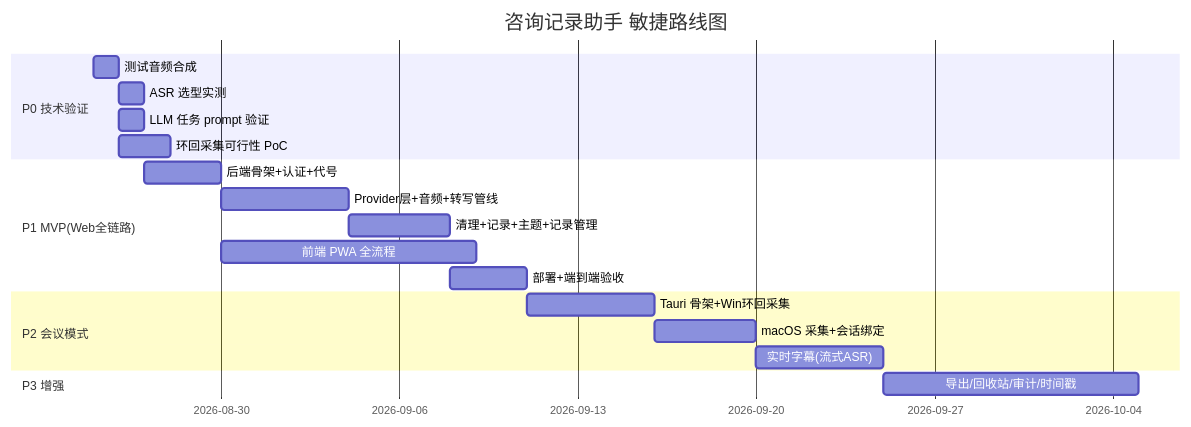
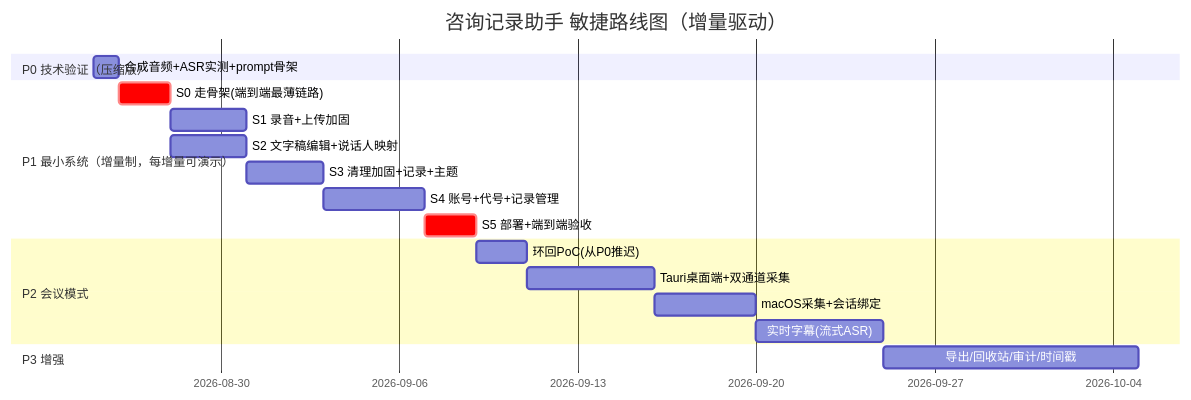
The seventh of 7 diagrams in docs/00-整体解决方案.md (zhangbwgithub/MengPsyAssit), drawn with Mermaid before and after one commit. The commit also changed other lines of this file and 4 other files, not shown here.

````diff
--- a/docs/00-整体解决方案.md
+++ b/docs/00-整体解决方案.md
@@ -361,22 +361,21 @@
 ```mermaid
 gantt
-    title 咨询记录助手 敏捷路线图
+    title 咨询记录助手 敏捷路线图（增量驱动）
     dateFormat YYYY-MM-DD
-    section P0 技术验证
-    测试音频合成           :p0a, 2026-08-25, 1d
-    ASR 选型实测           :p0b, after p0a, 1d
-    LLM 任务 prompt 验证   :p0c, after p0a, 1d
-    环回采集可行性 PoC     :p0d, after p0a, 2d
-    section P1 MVP(Web全链路)
-    后端骨架+认证+代号      :p1a, after p0b, 3d
-    Provider层+音频+转写管线 :p1b, after p1a, 5d
-    清理+记录+主题+记录管理  :p1c, after p1b, 4d
-    前端 PWA 全流程         :p1d, after p1a, 10d
-    部署+端到端验收         :p1e, after p1c, 3d
+    section P0 技术验证（压缩版）
+    合成音频+ASR实测+prompt骨架   :p0, 2026-08-25, 1d
+    section P1 最小系统（增量制，每增量可演示）
+    S0 走骨架(端到端最薄链路)      :crit, s0, after p0, 2d
+    S1 录音+上传加固               :s1, after s0, 3d
+    S2 文字稿编辑+说话人映射       :s2, after s0, 3d
+    S3 清理加固+记录+主题          :s3, after s1, 3d
+    S4 账号+代号+记录管理          :s4, after s3, 4d
+    S5 部署+端到端验收             :crit, s5, after s4, 2d
     section P2 会议模式
-    Tauri 骨架+Win环回采集  :p2a, after p1e, 5d
-    macOS 采集+会话绑定     :p2b, after p2a, 4d
-    实时字幕(流式ASR)       :p2c, after p2b, 5d
+    环回PoC(从P0推迟)              :p2pre, after s5, 2d
+    Tauri桌面端+双通道采集         :p2a, after p2pre, 5d
+    macOS采集+会话绑定             :p2b, after p2a, 4d
+    实时字幕(流式ASR)              :p2c, after p2b, 5d
     section P3 增强
-    导出/回收站/审计/时间戳  :p3a, after p2c, 10d
+    导出/回收站/审计/时间戳        :p3a, after p2c, 10d
 ```
````
